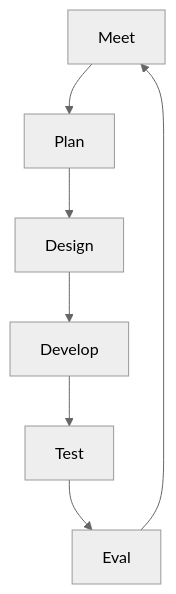
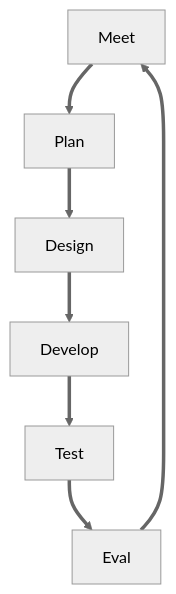
Before and after one commit to manas15khanna/6th-Semester: the second of 2 diagrams in Aglie Software Development/Agile Software Development.md, drawn with Mermaid (neutral theme).

````diff
--- a/Aglie Software Development/Agile Software Development.md
+++ b/Aglie Software Development/Agile Software Development.md
@@ -72,15 +72,15 @@
 ```mermaid
 flowchart
 
-A[Meet] --> B[Plan]
+A[Meet] ==> B[Plan]
 
-B--> C[Design]
+B==> C[Design]
 
-C--> D[Develop]
+C==> D[Develop]
 
-D--> E[Test]
+D==> E[Test]
 
-E--> F[Eval]
+E==> F[Eval]
 
-F-->A
+F==>A
 ```
````
